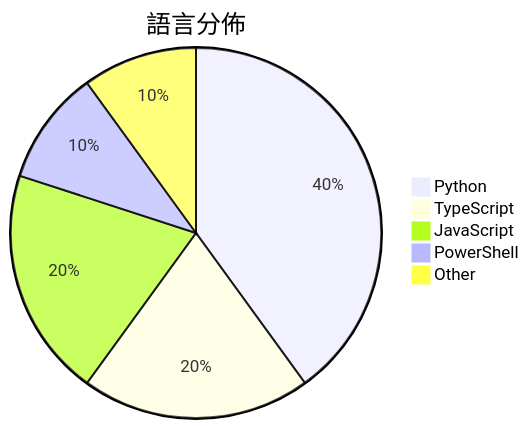
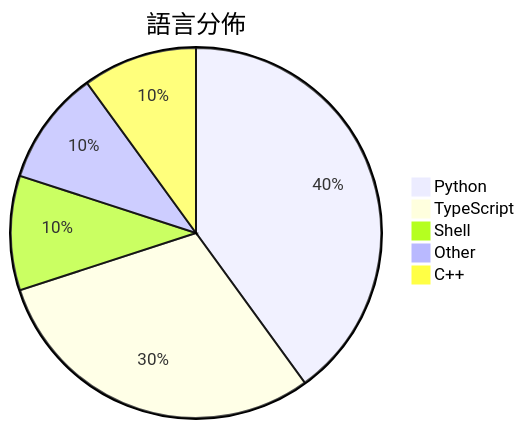
Before and after one commit to Lucasnocodo/github-trending-obsidian: the diagram in Daily/2026-03-10.md, drawn with Mermaid. The commit also changed other lines of this file and 2 other files, not shown here.

````diff
--- a/Daily/2026-03-10.md
+++ b/Daily/2026-03-10.md
@@ -20,8 +20,8 @@
 ```mermaid
 pie title 語言分佈
     "Python" : 4
-    "TypeScript" : 2
-    "JavaScript" : 2
-    "PowerShell" : 1
+    "TypeScript" : 3
+    "Shell" : 1
     "Other" : 1
+    "C++" : 1
 ```
````
